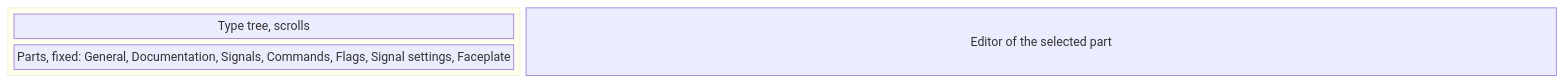
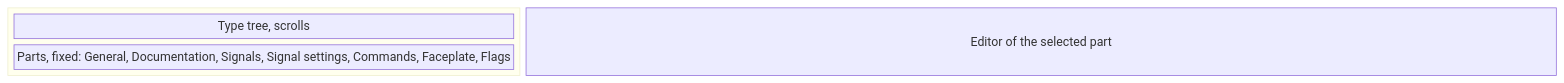
One commit to AlexandreGallais/synoptic-studio-spec changed diagram 11 of 50 in metadata/draft.md. Above: the diagram before and after it, drawn with Mermaid. The commit also changed other lines of this file and 65 other files, not shown here.

First line of the commit message:
docs: reorder the type's parts and keep inherited faceplate lines plain

````diff
--- a/metadata/draft.md
+++ b/metadata/draft.md
@@ -230,10 +232,10 @@
 ```mermaid
 block-beta
     columns 3
     block:left
         columns 1
         tree["Type tree, scrolls"]
-        parts["Parts, fixed: General, Documentation, Signals, Commands, Flags, Signal settings, Faceplate"]
+        parts["Parts, fixed: General, Documentation, Signals, Signal settings, Commands, Faceplate, Flags"]
     end
     editor["Editor of the selected part"]:2
 ```
````
